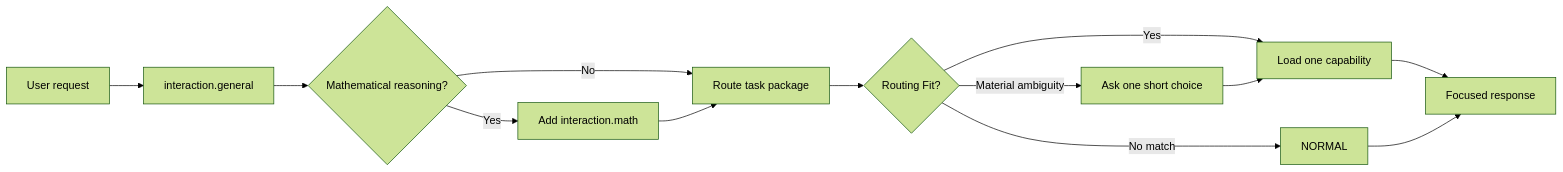
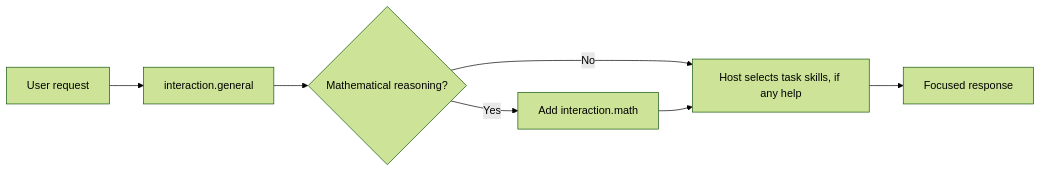
Before and after one commit to geekybobz/skills_ai: the second of 3 diagrams in interaction-protocol/README.md, drawn with Mermaid (forest theme). The commit also changed other lines of this file and 59 other files, not shown here.

````diff
--- a/interaction-protocol/README.md
+++ b/interaction-protocol/README.md
@@ -42,15 +40,9 @@
 ```mermaid
 flowchart LR
     U["User request"] --> G["interaction.general"]
     G --> M{"Mathematical reasoning?"}
     M -- "Yes" --> X["Add interaction.math"]
-    M -- "No" --> R["Route task package"]
-    X --> R
-    R --> S{"Routing Fit?"}
-    S -- "Yes" --> L["Load one capability"]
-    S -- "No match" --> N["NORMAL"]
-    S -- "Material ambiguity" --> C["Ask one short choice"]
-    C --> L
-    L --> A["Focused response"]
-    N --> A
+    M -- "No" --> T["Host selects task skills, if any help"]
+    X --> T
+    T --> A["Focused response"]
 ```
````
